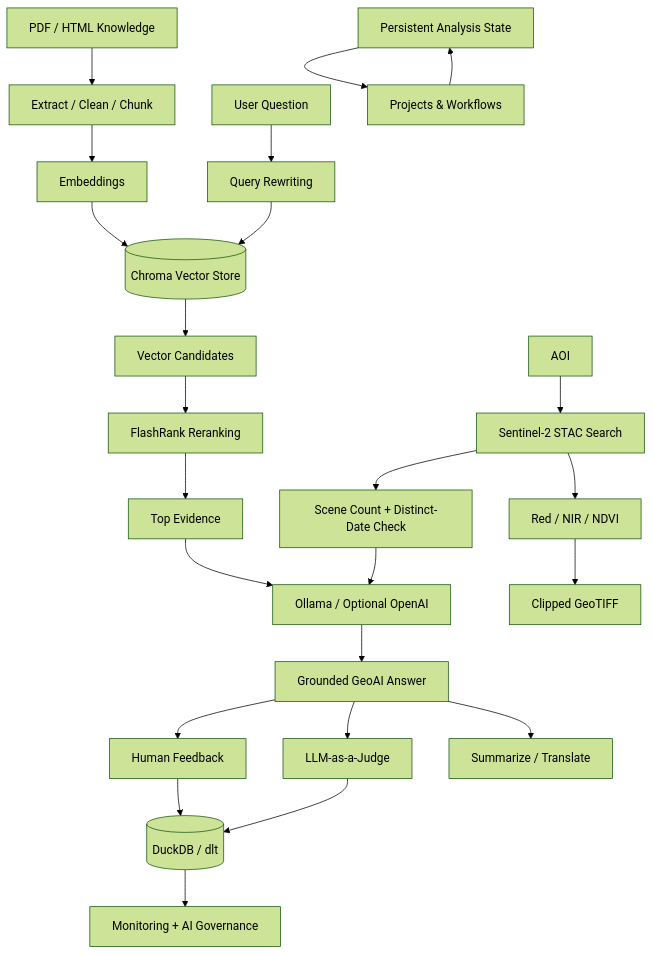
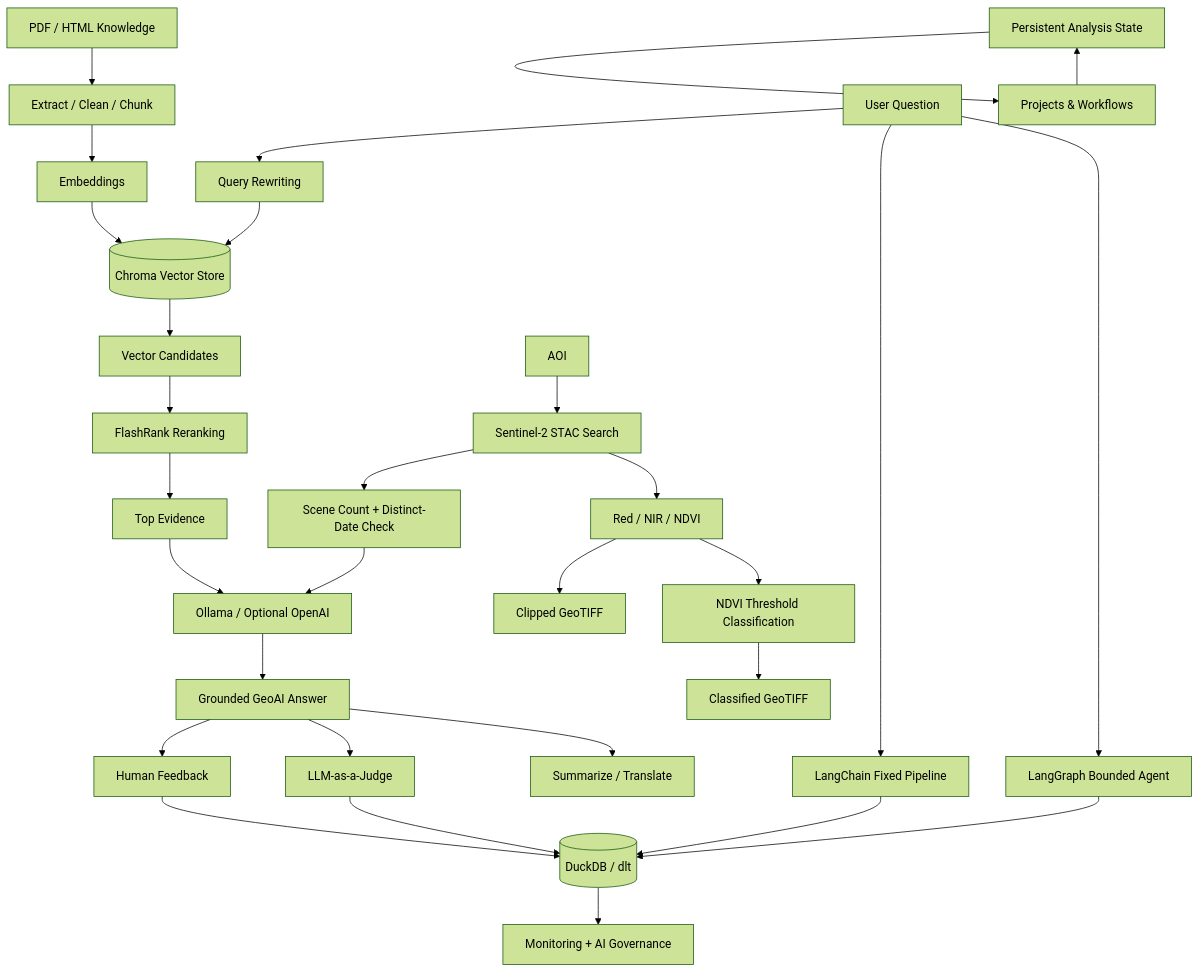
One commit to hanaahammad/geoscope-agent changed the diagram in README.md. Above: the diagram before and after it, drawn with Mermaid (forest theme). The commit also changed other lines of this file and 15 other files, not shown here.

Commit message:
Finalize GeoScope Agent capstone

````diff
--- a/README.md
+++ b/README.md
@@ -117,33 +125,40 @@
 ```mermaid
 flowchart TD
     A[PDF / HTML Knowledge] --> B[Extract / Clean / Chunk]
     B --> C[Embeddings]
     C --> D[(Chroma Vector Store)]
 
     Q[User Question] --> R[Query Rewriting]
     R --> D
     D --> V[Vector Candidates]
     V --> F[FlashRank Reranking]
     F --> G[Top Evidence]
 
     AOI[AOI] --> STAC[Sentinel-2 STAC Search]
     STAC --> DATE[Scene Count + Distinct-Date Check]
 
     G --> LLM[Ollama / Optional OpenAI]
     DATE --> LLM
     LLM --> ANSWER[Grounded GeoAI Answer]
 
     ANSWER --> FB[Human Feedback]
     ANSWER --> JUDGE[LLM-as-a-Judge]
     ANSWER --> TRANS[Summarize / Translate]
 
     FB --> LOG[(DuckDB / dlt)]
     JUDGE --> LOG
     LOG --> MON[Monitoring + AI Governance]
 
     STAC --> RASTER[Red / NIR / NDVI]
     RASTER --> TIFF[Clipped GeoTIFF]
+    RASTER --> CLASS[NDVI Threshold Classification]
+    CLASS --> CTIFF[Classified GeoTIFF]
 
     STATE[Persistent Analysis State] --> WF[Projects & Workflows]
     WF --> STATE
+
+    Q --> LC[LangChain Fixed Pipeline]
+    Q --> LG[LangGraph Bounded Agent]
+    LC --> LOG
+    LG --> LOG
 ```
````
